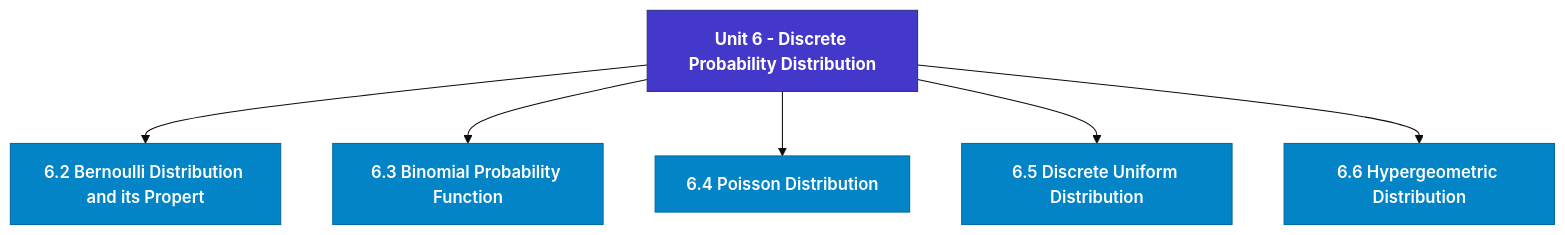
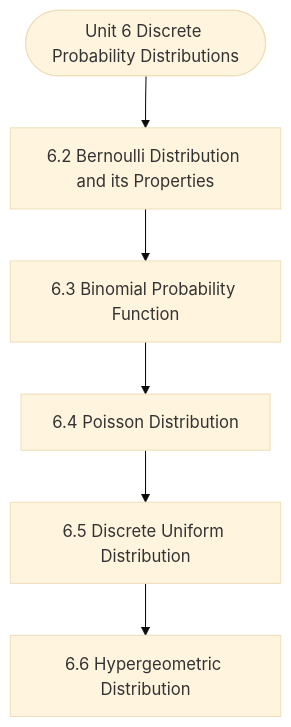
One commit to Asutosh-Coaching/mscdsa changed the diagram in notes/Semester_2/MCS-066_Mathematical_Foundations_-_II/unit_06_Discrete_Probability_Distributions.md. Above: the diagram before and after it, drawn with Mermaid (base theme). The commit also changed other lines of this file and 115 other files, not shown here.

Commit message:
Fix Mermaid layout for mobile, isolate LaTeX delimiters, and add GitHub Pages reader

````diff
--- a/notes/Semester_2/MCS-066_Mathematical_Foundations_-_II/unit_06_Discrete_Probability_Distributions.md
+++ b/notes/Semester_2/MCS-066_Mathematical_Foundations_-_II/unit_06_Discrete_Probability_Distributions.md
@@ -19,19 +19,14 @@
 ```mermaid
 flowchart TD
-  %% Styling Definitions
-  classDef head fill:#4338ca,stroke:#312e81,color:#ffffff,font-weight:bold;
-  classDef topic fill:#0284c7,stroke:#0369a1,color:#ffffff,font-weight:600;
-  classDef sub fill:#1e293b,stroke:#475569,color:#f8fafc;
-
-  Root["Unit 6 - Discrete Probability Distribution"]:::head
-  M1["6.2 Bernoulli Distribution and its Propert"]:::topic
-  Root --> M1
-  M2["6.3 Binomial Probability Function"]:::topic
-  Root --> M2
-  M3["6.4 Poisson Distribution"]:::topic
-  Root --> M3
-  M4["6.5 Discrete Uniform Distribution"]:::topic
-  Root --> M4
-  M5["6.6 Hypergeometric Distribution"]:::topic
-  Root --> M5
+  Start(["Unit 6 Discrete Probability Distributions"])
+  N1["6.2 Bernoulli Distribution and its Properties"]
+  N2["6.3 Binomial Probability Function"]
+  N3["6.4 Poisson Distribution"]
+  N4["6.5 Discrete Uniform Distribution"]
+  N5["6.6 Hypergeometric Distribution"]
+  Start --> N1
+  N1 --> N2
+  N2 --> N3
+  N3 --> N4
+  N4 --> N5
 ```
````
